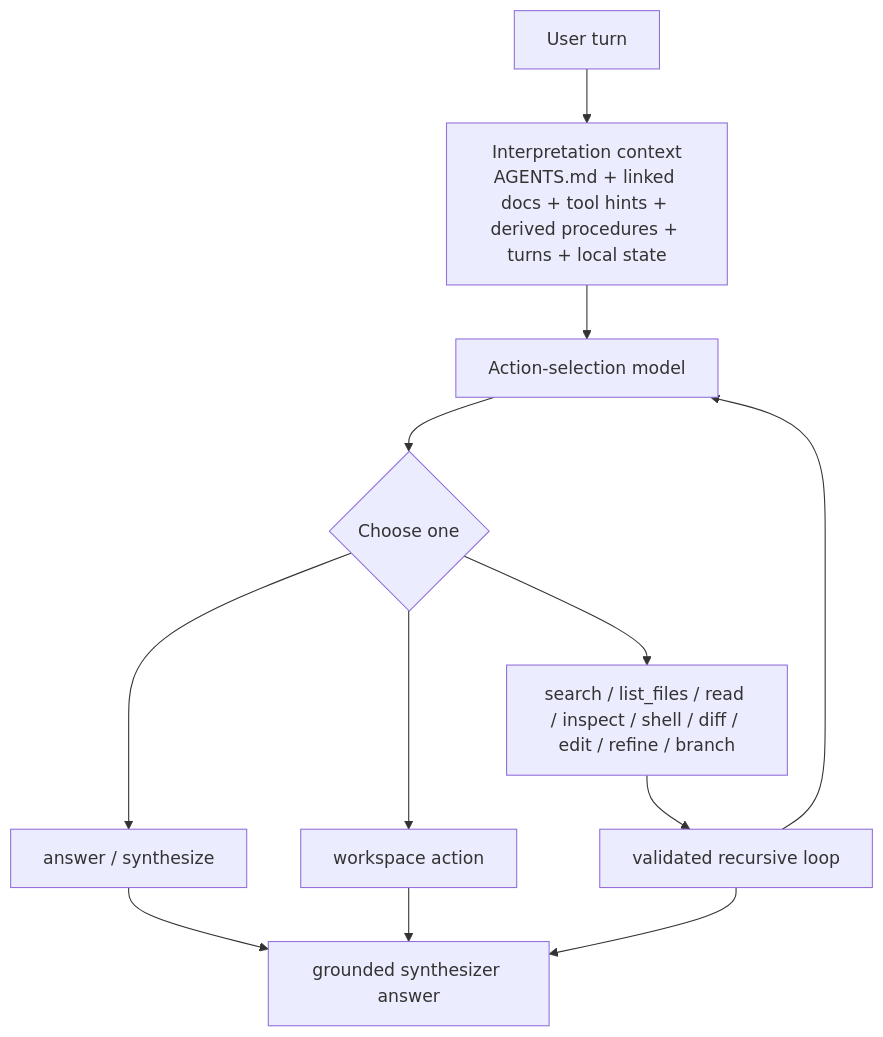
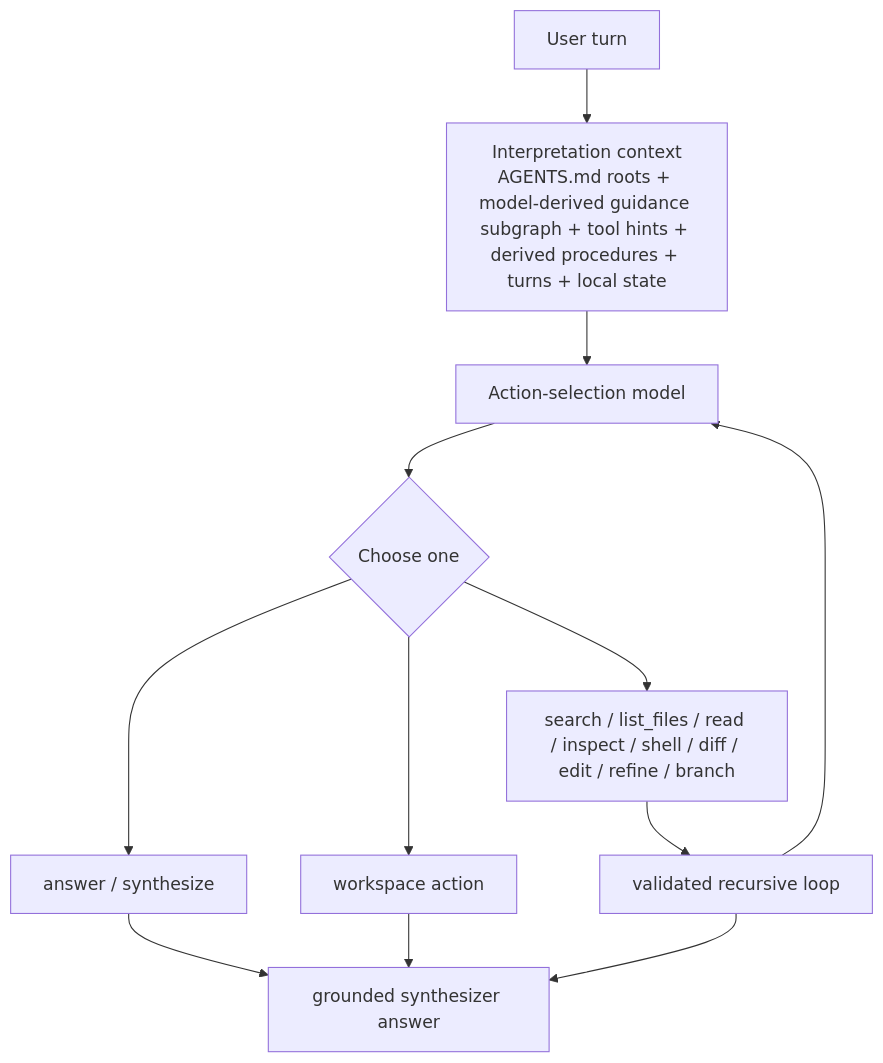
The third of 5 diagrams in README.md (spoke-sh/paddles), drawn with Mermaid before and after one commit. The commit also changed other lines of this file and 11 other files, not shown here.

First line of the commit message:
feat: derive guidance graph from agents memory

````diff
--- a/README.md
+++ b/README.md
@@ -82,18 +82,18 @@
 ```mermaid
 flowchart TD
     U["User turn"]
-    I["Interpretation context<br/>AGENTS.md + linked docs + tool hints + derived procedures + turns + local state"]
+    I["Interpretation context<br/>AGENTS.md roots + model-derived guidance subgraph + tool hints + derived procedures + turns + local state"]
     M["Action-selection model"]
     C{"Choose one"}
     A["answer / synthesize"]
     T["workspace action"]
     R["search / list_files / read / inspect / shell / diff / edit / refine / branch"]
     L["validated recursive loop"]
     S["grounded synthesizer answer"]
 
     U --> I --> M --> C
     C --> A --> S
     C --> T --> S
     C --> R --> L --> M
     L --> S
 ```
````
